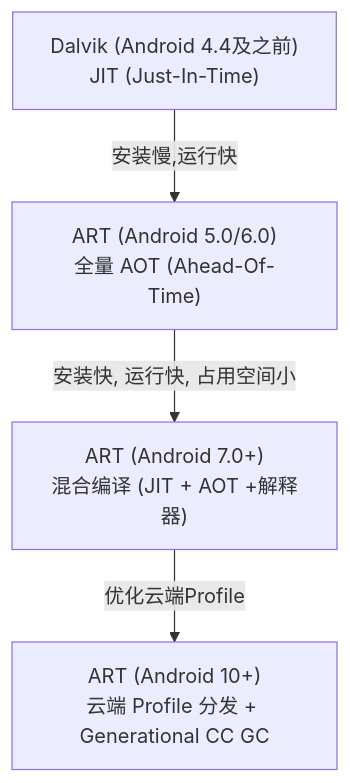
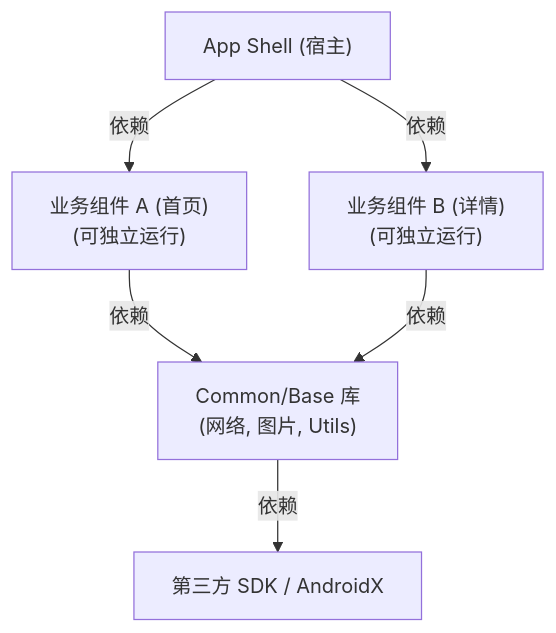
Before and after one commit to timeisthe/iodraw-files: the diagram in all/未命名.md, drawn with Mermaid.

Commit message:
2025-12-15 09:53:22 update

````diff
--- a/all/未命名.md
+++ b/all/未命名.md
@@ -1,6 +1,8 @@
 ```mermaid
 graph TD
-    Dalvik["Dalvik (Android 4.4及之前)<br/>JIT (Just-In-Time)"] -->|安装慢,运行快| ART_L["ART (Android 5.0/6.0)<br/>全量 AOT (Ahead-Of-Time)"]
-    ART_L -->|安装快, 运行快, 占用空间小| ART_N["ART (Android 7.0+)<br/>混合编译 (JIT + AOT +解释器)"]
-    ART_N -->|优化云端Profile| ART_10["ART (Android 10+)<br/>云端 Profile 分发 + Generational CC GC"]
+    App["App Shell (宿主)"] -->|依赖| BizA["业务组件 A (首页)<br/>(可独立运行)"]
+    App -->|依赖| BizB["业务组件 B (详情)<br/>(可独立运行)"]
+    BizA -->|依赖| Base["Common/Base 库<br/>(网络, 图片, Utils)"]
+    BizB -->|依赖| Base
+    Base -->|依赖| SDK["第三方 SDK / AndroidX"]
 ```
````
